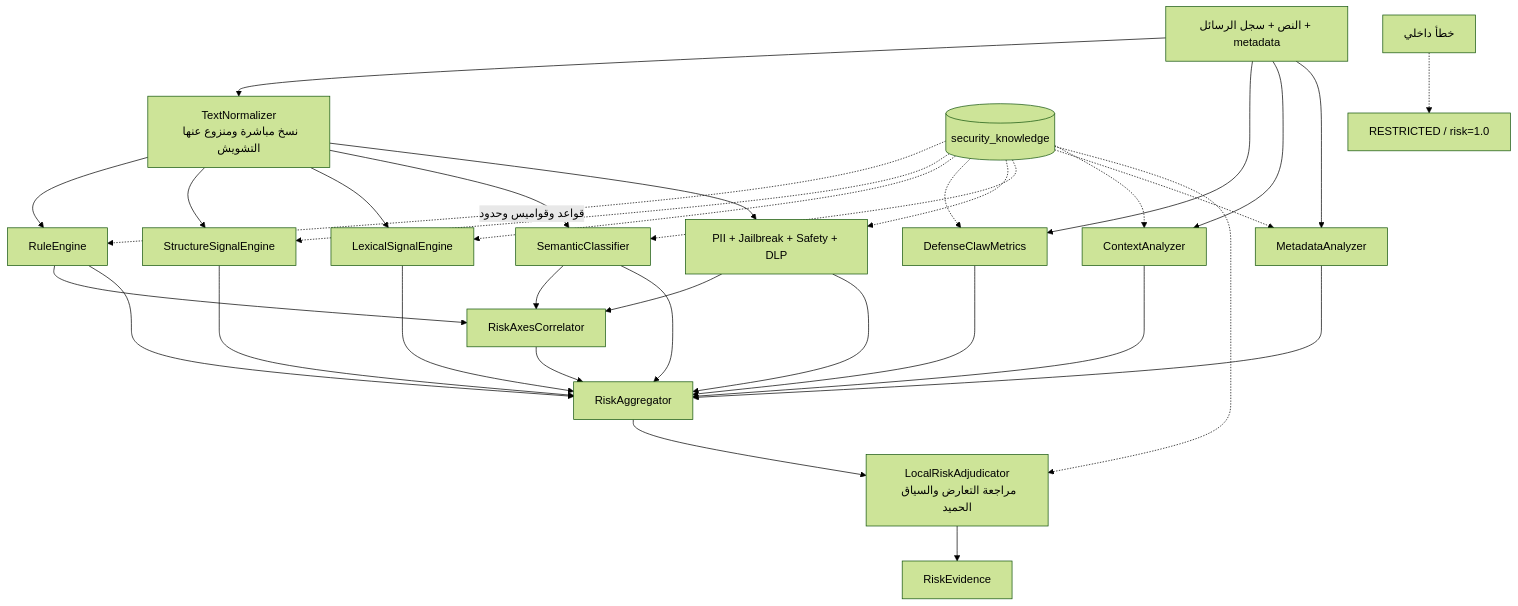
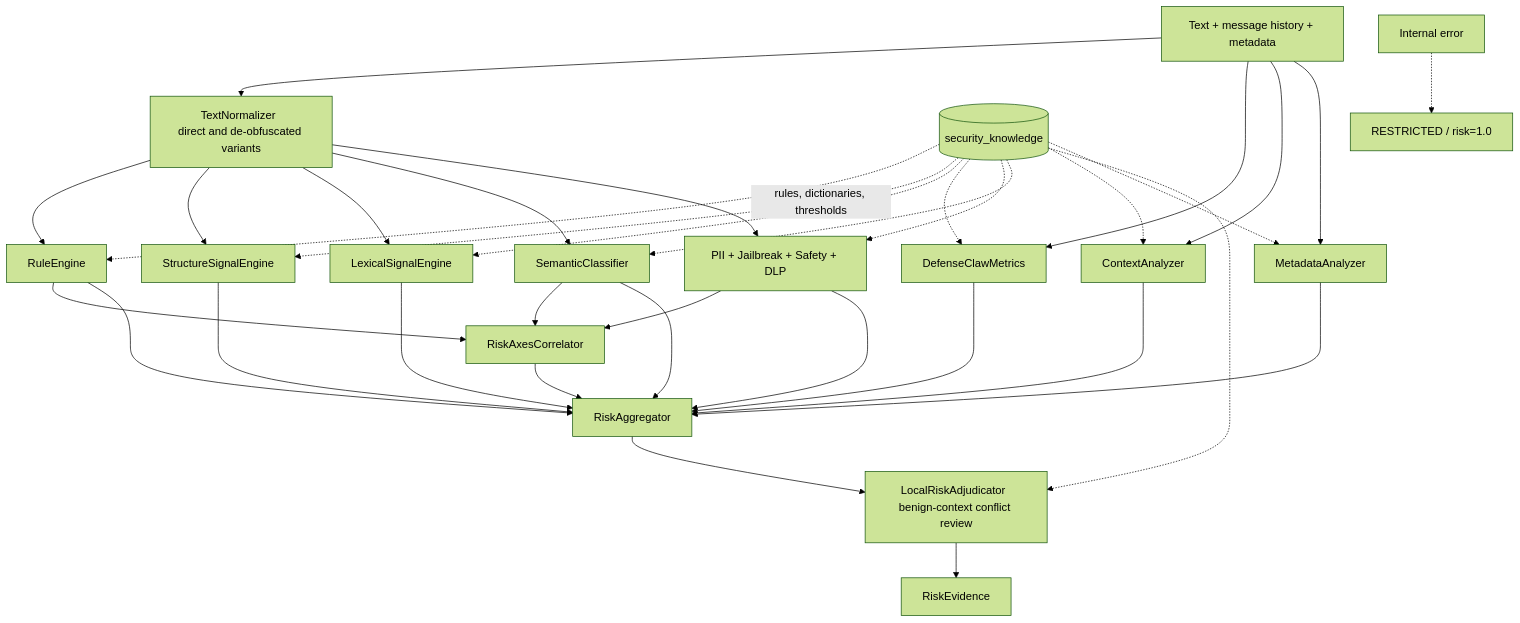
The second of 3 diagrams in README.md (Bashar-1216/Classifiers-), drawn with Mermaid (forest theme) before and after one commit. The commit also changed other lines of this file, not shown here.

````diff
--- a/README.md
+++ b/README.md
@@ -66,42 +85,44 @@
 ```mermaid
 flowchart TD
-    T[النص + سجل الرسائل + metadata] --> V[TextNormalizer<br/>نسخ مباشرة ومنزوع عنها التشويش]
+    T[Text + message history + metadata] --> V[TextNormalizer  
+direct and de-obfuscated variants]
 
     V --> RULE[RuleEngine]
     V --> STRUCT[StructureSignalEngine]
     V --> LEX[LexicalSignalEngine]
     V --> SEM[SemanticClassifier]
     T --> STAT[DefenseClawMetrics]
     V --> SPEC[PII + Jailbreak + Safety + DLP]
     T --> CTX[ContextAnalyzer]
     T --> META[MetadataAnalyzer]
 
     RULE --> CORR[RiskAxesCorrelator]
     SPEC --> CORR
     SEM --> CORR
 
     RULE --> AGG[RiskAggregator]
     STRUCT --> AGG
     LEX --> AGG
     STAT --> AGG
     SPEC --> AGG
     SEM --> AGG
     CTX --> AGG
     META --> AGG
     CORR --> AGG
 
-    AGG --> ADJ[LocalRiskAdjudicator<br/>مراجعة التعارض والسياق الحميد]
+    AGG --> ADJ[LocalRiskAdjudicator  
+benign-context conflict review]
     ADJ --> EV[RiskEvidence]
 
-    K[(security_knowledge)] -. قواعد وقواميس وحدود .-> RULE
+    K[(security_knowledge)] -. rules, dictionaries, thresholds .-> RULE
     K -.-> STRUCT
     K -.-> LEX
     K -.-> STAT
     K -.-> SPEC
     K -.-> SEM
     K -.-> CTX
     K -.-> META
     K -.-> ADJ
 
-    ERR[خطأ داخلي] -.-> CLOSED[RESTRICTED / risk=1.0]
+    ERR[Internal error] -.-> CLOSED[RESTRICTED / risk=1.0]
 ```
````
